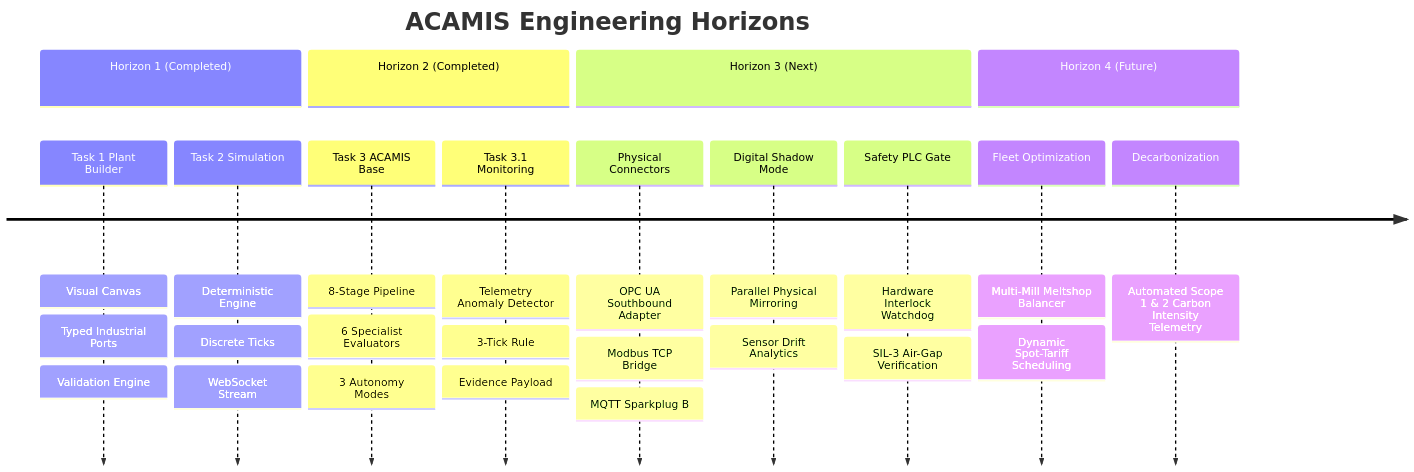
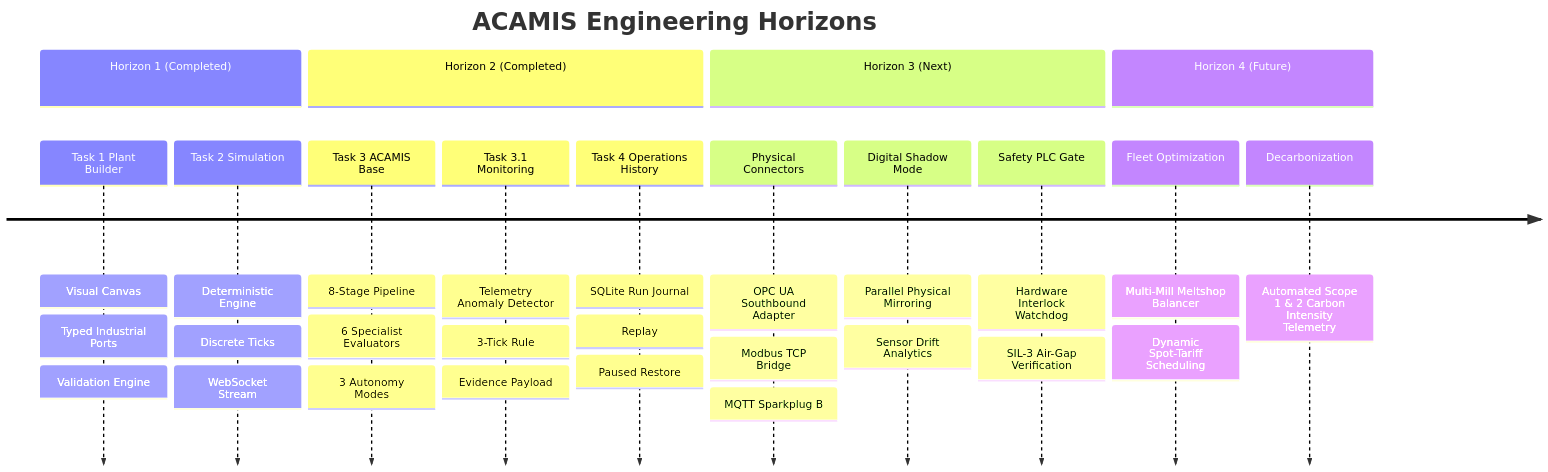
Before and after one commit to prabhasb06/steelsim: the diagram in docs-site/task-3-acamis/limitations-and-roadmap.md, drawn with Mermaid. The commit also changed other lines of this file and 16 other files, not shown here.

```diff
--- a/docs-site/task-3-acamis/limitations-and-roadmap.md
+++ b/docs-site/task-3-acamis/limitations-and-roadmap.md
@@ -21,17 +21,18 @@
 <pre class="mermaid">
 timeline
     title ACAMIS Engineering Horizons
     section Horizon 1 (Completed)
         Task 1 Plant Builder : Visual Canvas : Typed Industrial Ports : Validation Engine
         Task 2 Simulation    : Deterministic Engine : Discrete Ticks : WebSocket Stream
     section Horizon 2 (Completed)
         Task 3 ACAMIS Base  : 8-Stage Pipeline : 6 Specialist Evaluators : 3 Autonomy Modes
         Task 3.1 Monitoring : Telemetry Anomaly Detector : 3-Tick Rule : Evidence Payload
+        Task 4 Operations History : SQLite Run Journal : Replay : Paused Restore
     section Horizon 3 (Next)
         Physical Connectors  : OPC UA Southbound Adapter : Modbus TCP Bridge : MQTT Sparkplug B
         Digital Shadow Mode  : Parallel Physical Mirroring : Sensor Drift Analytics
         Safety PLC Gate      : Hardware Interlock Watchdog : SIL-3 Air-Gap Verification
     section Horizon 4 (Future)
         Fleet Optimization   : Multi-Mill Meltshop Balancer : Dynamic Spot-Tariff Scheduling
         Decarbonization      : Automated Scope 1 & 2 Carbon Intensity Telemetry
 </pre>
```
